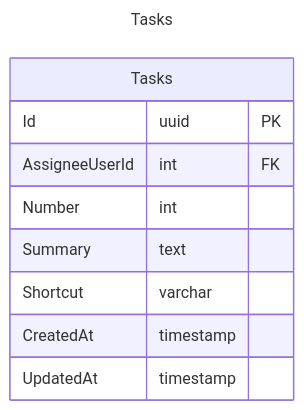
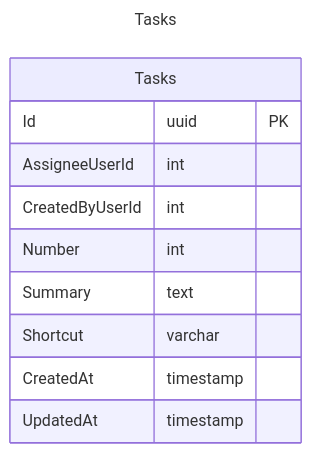
The diagram in docs/database/tasks.MD (danyducky/hot-knowledge), drawn with Mermaid before and after one commit.

Commit message:
Add created by field TASK-41

````diff
--- a/docs/database/tasks.MD
+++ b/docs/database/tasks.MD
@@ -1,18 +1,19 @@
 ```mermaid
 ---
 title: Tasks
 ---
 
 erDiagram
     Tasks {
         Id uuid PK
-        AssigneeUserId int FK
+        AssigneeUserId int
+        CreatedByUserId int
 
         Number int
         Summary text
         Shortcut varchar
 
         CreatedAt timestamp
         UpdatedAt timestamp
     }
 ```
````
